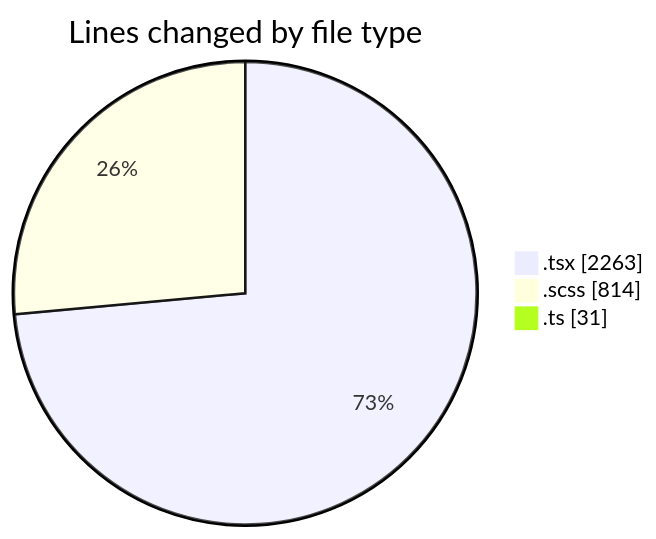
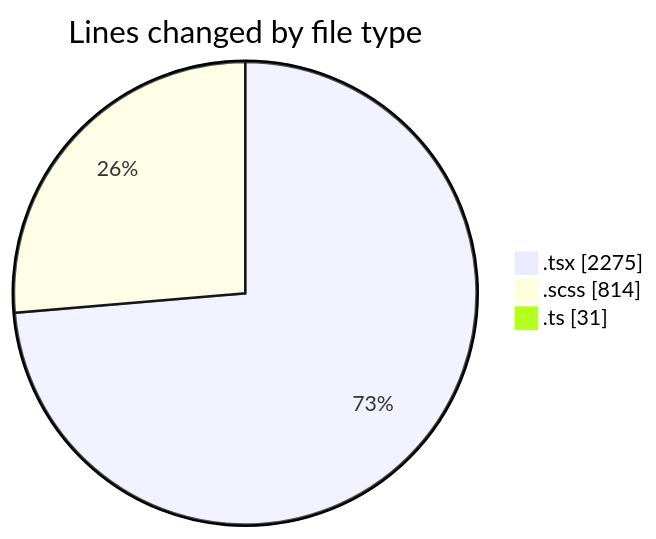
One commit to momahboobian/code-tracking changed the first of 2 diagrams in 2025-04-07/cda/README.md. Above: the diagram before and after it, drawn with Mermaid. The commit also changed other lines of this file and 1 other file, not shown here.

````diff
--- a/2025-04-07/cda/README.md
+++ b/2025-04-07/cda/README.md
@@ -32,7 +32,7 @@
 ```mermaid
 pie showData
 title Lines changed by file type
-".tsx" : 2263
+".tsx" : 2275
 ".scss" : 814
 ".ts" : 31
 ```
````
